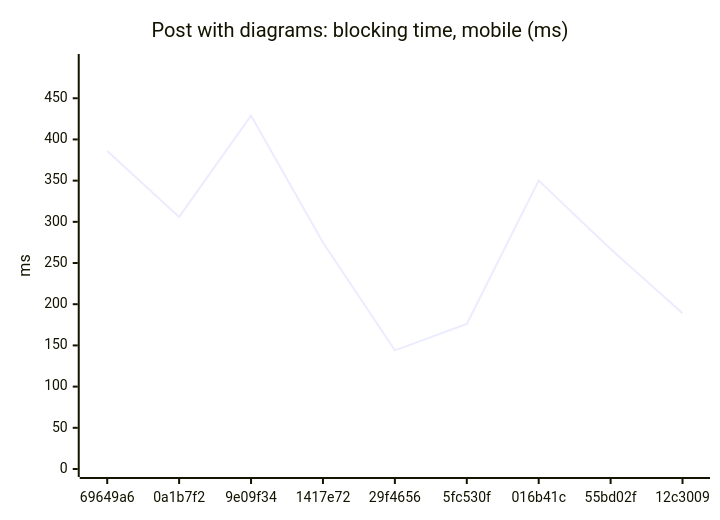
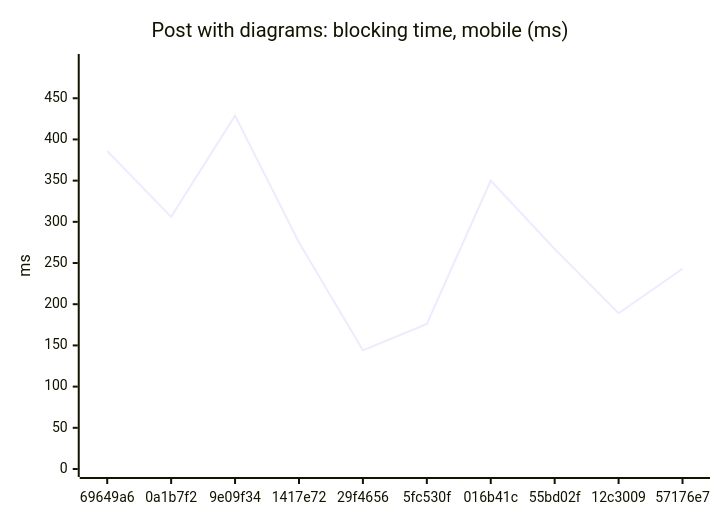
One commit to AxelUser/maltsev.space changed diagram 16 of 18 in README.md. Above: the diagram before and after it, drawn with Mermaid. The commit also changed other lines of this file and 1 other file, not shown here.

````diff
--- a/README.md
+++ b/README.md
@@ -169,7 +169,7 @@
 ```mermaid
 xychart-beta
   title "Post with diagrams: blocking time, mobile (ms)"
-  x-axis ["69649a6", "0a1b7f2", "9e09f34", "1417e72", "29f4656", "5fc530f", "016b41c", "55bd02f", "12c3009"]
+  x-axis ["69649a6", "0a1b7f2", "9e09f34", "1417e72", "29f4656", "5fc530f", "016b41c", "55bd02f", "12c3009", "57176e7"]
   y-axis "ms" 0 --> 494
-  line [386, 306, 429, 275, 144, 176, 350, 267, 189]
+  line [386, 306, 429, 275, 144, 176, 350, 267, 189, 243]
 ```
````
